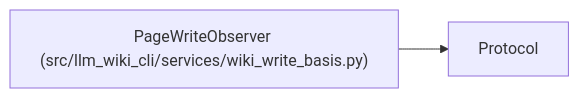
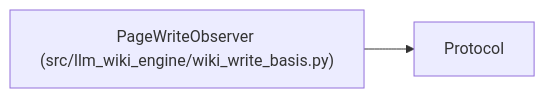
One commit to Denissvgn/python-wiki-llm changed the diagram in docs/llm_wiki/entities/PageWriteObserver.md. Above: the diagram before and after it, drawn with Mermaid. The commit also changed other lines of this file and 739 other files, not shown here.

First line of the commit message:
docs: refresh the wiki for the second engine batch

````diff
--- a/docs/llm_wiki/entities/PageWriteObserver.md
+++ b/docs/llm_wiki/entities/PageWriteObserver.md
@@ -28,7 +28,7 @@
 ```mermaid
 flowchart LR
-    n0["PageWriteObserver (src/llm_wiki_cli/services/wiki_write_basis.py)"]
+    n0["PageWriteObserver (src/llm_wiki_engine/wiki_write_basis.py)"]
     n1["Protocol"]
     n0 --> n1
     click n0 "../modules/wiki_write_basis.md"
 ```
````
